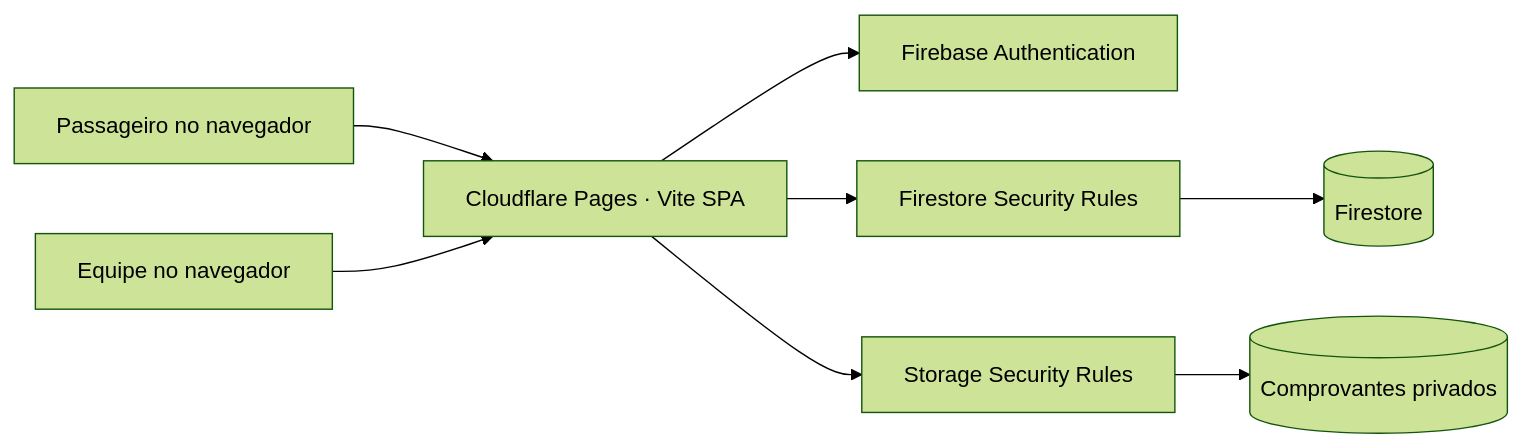
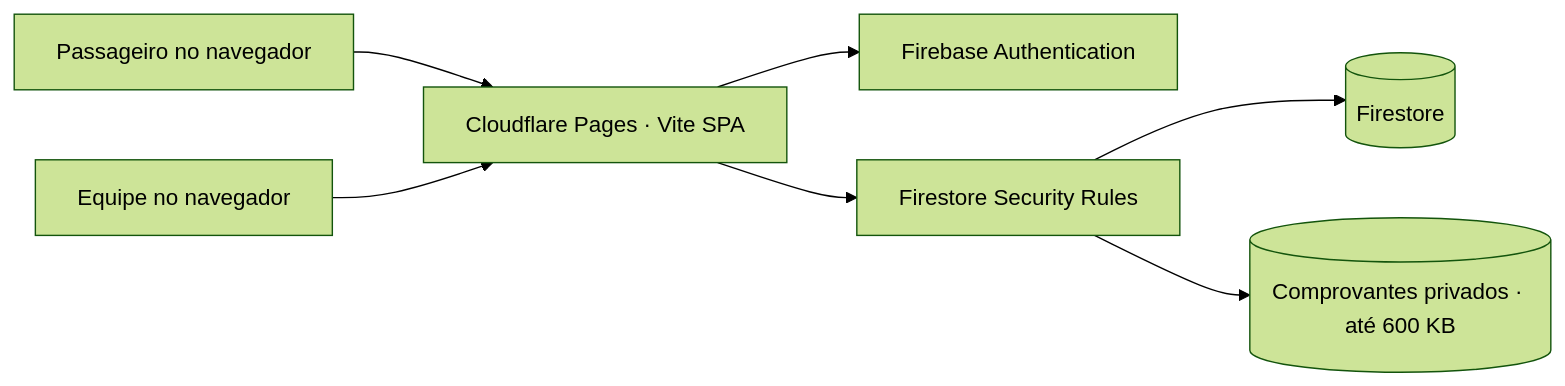
The diagram in docs/architecture.md (CristianoRFB/Caravana), drawn with Mermaid (forest theme) before and after one commit. The commit also changed other lines of this file and 44 other files, not shown here.

````diff
--- a/docs/architecture.md
+++ b/docs/architecture.md
@@ -5,10 +5,9 @@
 ```mermaid
 flowchart LR
   Passenger[Passageiro no navegador] --> Pages[Cloudflare Pages · Vite SPA]
   Admin[Equipe no navegador] --> Pages
   Pages --> Auth[Firebase Authentication]
   Pages --> Rules[Firestore Security Rules]
   Rules --> Data[(Firestore)]
-  Pages --> StorageRules[Storage Security Rules]
-  StorageRules --> Proofs[(Comprovantes privados)]
+  Rules --> Proofs[(Comprovantes privados · até 600 KB)]
 ```
````
